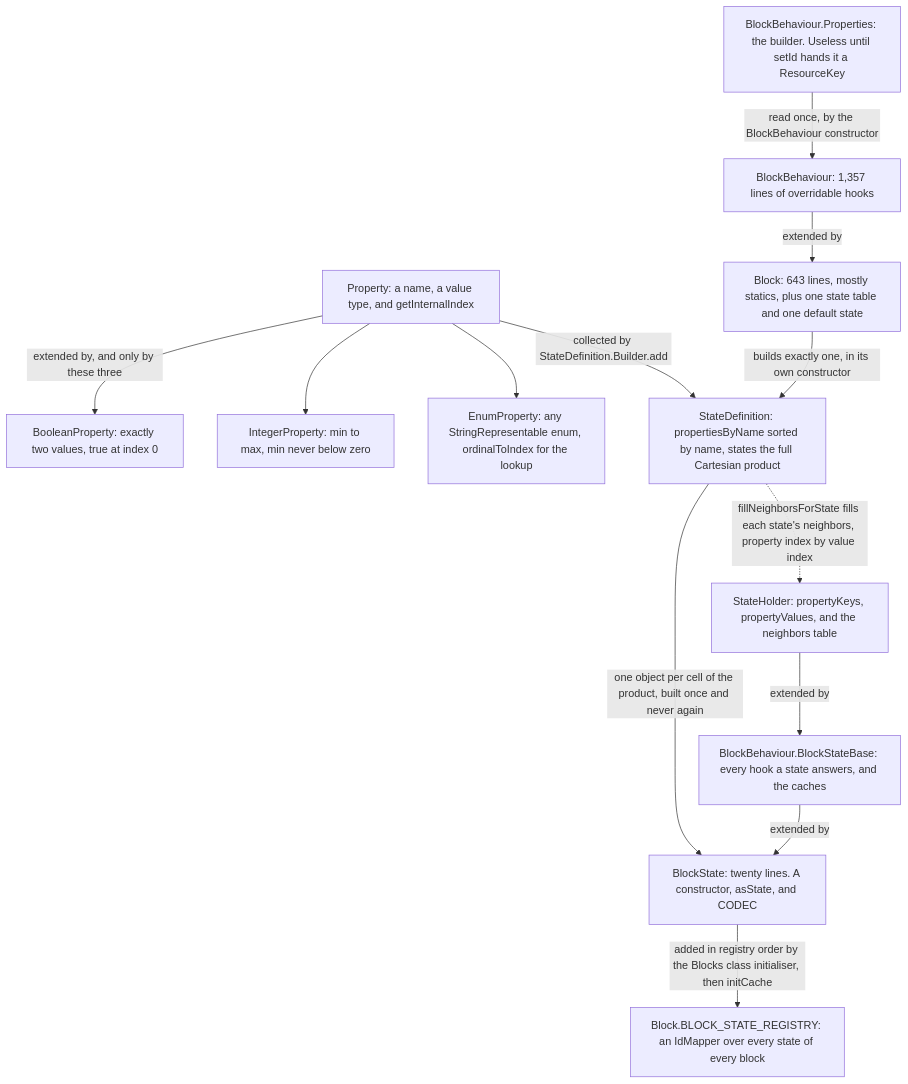
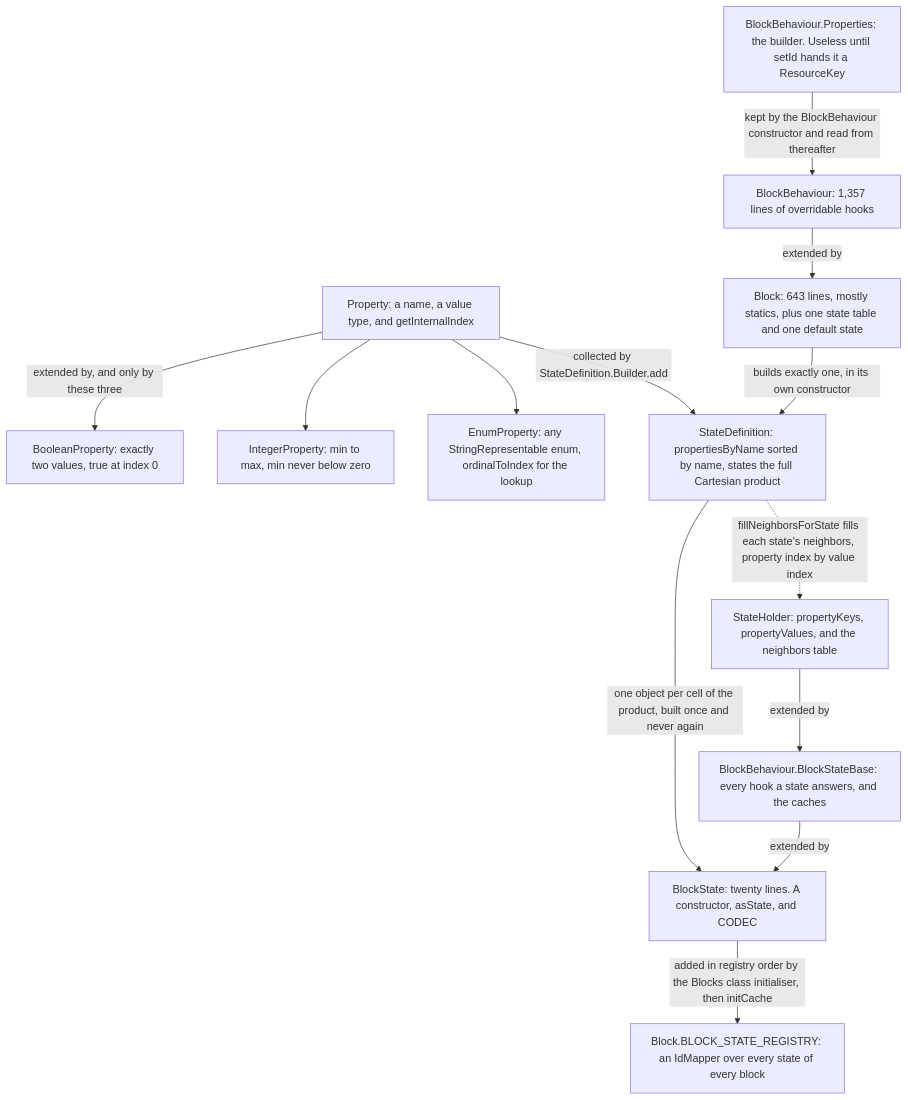
Before and after one commit to AlexanderjFraser/MinecraftDocs: the first of 2 diagrams in src/systems/blocks/blocks-and-states.md, drawn with Mermaid. The commit also changed other lines of this file and 13 other files, not shown here.

````diff
--- a/src/systems/blocks/blocks-and-states.md
+++ b/src/systems/blocks/blocks-and-states.md
@@ -36,28 +36,28 @@
 ```mermaid
 flowchart TB
     PROPS["BlockBehaviour.Properties: the builder. Useless until setId hands it a ResourceKey"]
     BB["BlockBehaviour: 1,357 lines of overridable hooks"]
     BLOCK["Block: 643 lines, mostly statics, plus one state table and one default state"]
     PROP["Property: a name, a value type, and getInternalIndex"]
     BOOL["BooleanProperty: exactly two values, true at index 0"]
     INT["IntegerProperty: min to max, min never below zero"]
     ENUM["EnumProperty: any StringRepresentable enum, ordinalToIndex for the lookup"]
     SD["StateDefinition: propertiesByName sorted by name, states the full Cartesian product"]
     SH["StateHolder: propertyKeys, propertyValues, and the neighbors table"]
     BSB["BlockBehaviour.BlockStateBase: every hook a state answers, and the caches"]
     BS["BlockState: twenty lines. A constructor, asState, and CODEC"]
     REG["Block.BLOCK_STATE_REGISTRY: an IdMapper over every state of every block"]
 
-    PROPS -- "read once, by the BlockBehaviour constructor" --> BB
+    PROPS -- "kept by the BlockBehaviour constructor and read from thereafter" --> BB
     BB -- "extended by" --> BLOCK
     PROP -- "extended by, and only by these three" --> BOOL
     PROP --> INT
     PROP --> ENUM
     PROP -- "collected by StateDefinition.Builder.add" --> SD
     BLOCK -- "builds exactly one, in its own constructor" --> SD
     SD -- "one object per cell of the product, built once and never again" --> BS
     SH -- "extended by" --> BSB
     BSB -- "extended by" --> BS
     SD -. "fillNeighborsForState fills each state's neighbors, property index by value index" .-> SH
     BS -- "added in registry order by the Blocks class initialiser, then initCache" --> REG
 ```
````
